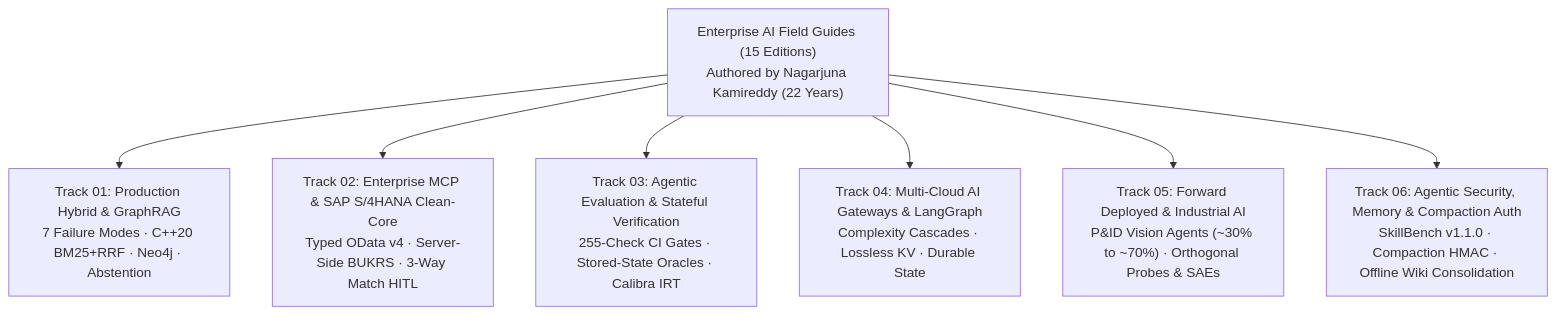
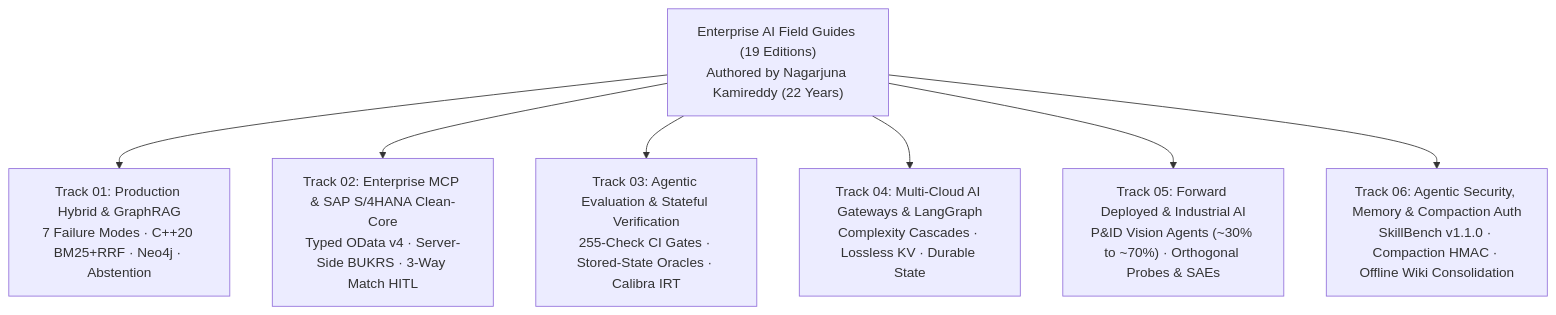
Before and after one commit to nagarjunak-pixel/enterprise-ai-field-guides: the diagram in README.md, drawn with Mermaid. The commit also changed other lines of this file and 2 other files, not shown here.

Commit message:
docs(guides): add FG-11 Financial-Grade Verification & FG-12 Zero-Egress Sandboxes (19 PDFs)

````diff
--- a/README.md
+++ b/README.md
@@ -15,16 +15,16 @@
 ```mermaid
 flowchart TD
-    Root["Enterprise AI Field Guides (15 Editions)
+    Root["Enterprise AI Field Guides (19 Editions)
 Authored by Nagarjuna Kamireddy (22 Years)"] --> T1["Track 01: Production Hybrid & GraphRAG
 7 Failure Modes · C++20 BM25+RRF · Neo4j · Abstention"]
     Root --> T2["Track 02: Enterprise MCP & SAP S/4HANA Clean-Core
 Typed OData v4 · Server-Side BUKRS · 3-Way Match HITL"]
     Root --> T3["Track 03: Agentic Evaluation & Stateful Verification
 255-Check CI Gates · Stored-State Oracles · Calibra IRT"]
     Root --> T4["Track 04: Multi-Cloud AI Gateways & LangGraph
 Complexity Cascades · Lossless KV · Durable State"]
     Root --> T5["Track 05: Forward Deployed & Industrial AI
 P&ID Vision Agents (~30% to ~70%) · Orthogonal Probes & SAEs"]
     Root --> T6["Track 06: Agentic Security, Memory & Compaction Auth
 SkillBench v1.1.0 · Compaction HMAC · Offline Wiki Consolidation"]
 ```
````
